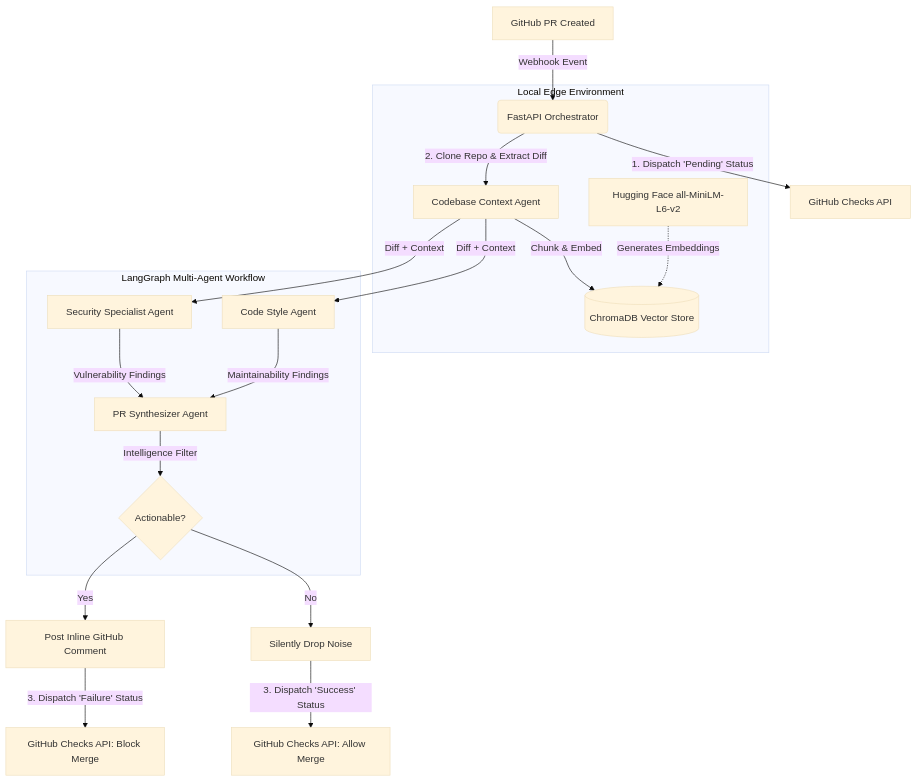
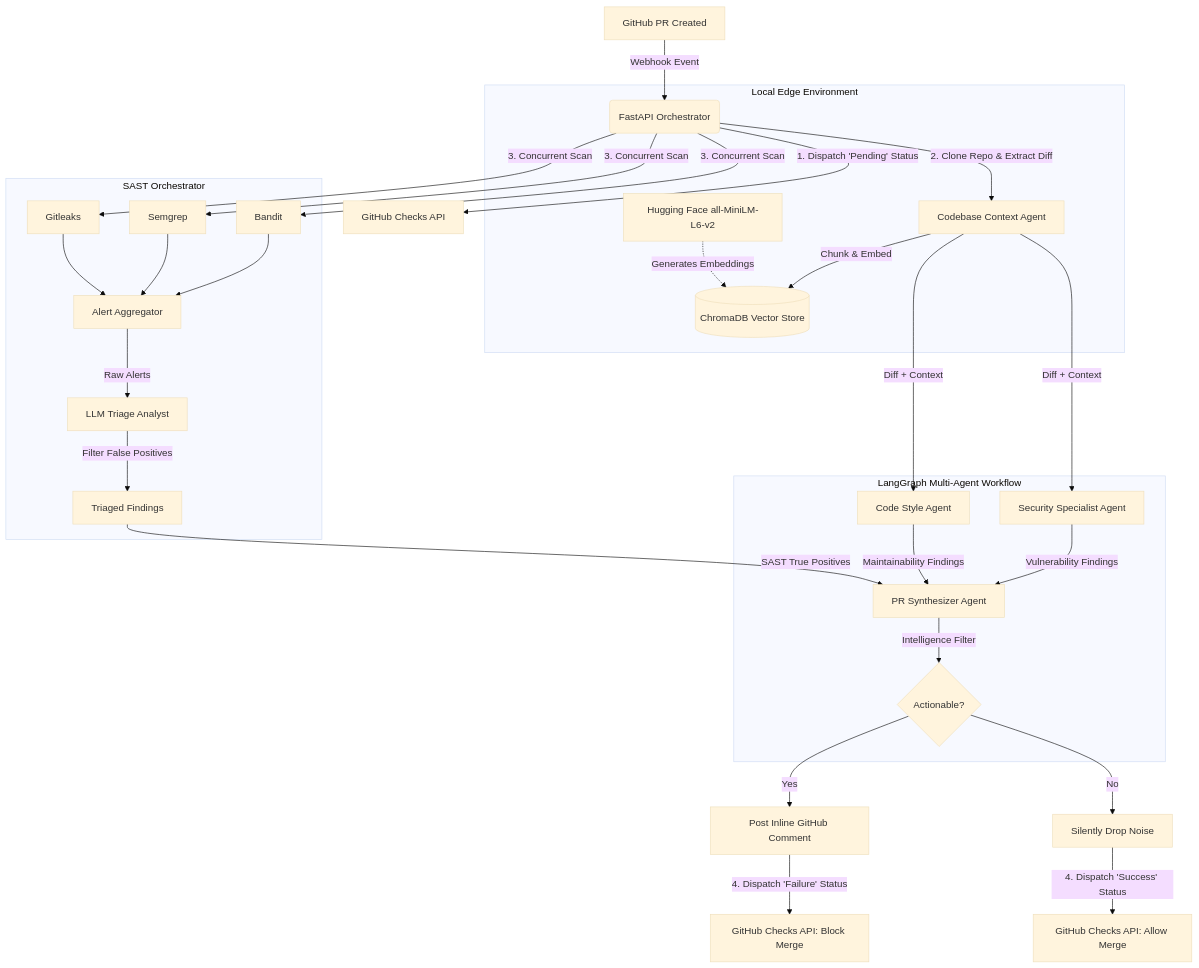
The diagram in README.md (arjunajaygit/SentinelOps), drawn with Mermaid (base theme) before and after one commit. The commit also changed other lines of this file and 6 other files, not shown here.

Commit message:
feat: add SAST Orchestrator layer with Bandit, Semgrep, Gitleaks and LLM triage

````diff
--- a/README.md
+++ b/README.md
@@ -22,31 +22,44 @@
 ```mermaid
 graph TD
     %% Webhook Entry Point
     PR[GitHub PR Created] -->|Webhook Event| API(FastAPI Orchestrator)
     API -->|1. Dispatch 'Pending' Status| STATUS_PENDING[GitHub Checks API]
     
     %% RAG Pipeline
     subgraph Local Edge Environment
         API -->|2. Clone Repo & Extract Diff| RAG[Codebase Context Agent]
         RAG -->|Chunk & Embed| CHROMA[(ChromaDB Vector Store)]
         HF[Hugging Face all-MiniLM-L6-v2] -.->|Generates Embeddings| CHROMA
     end
 
+    %% SAST Pipeline
+    subgraph SAST Orchestrator
+        API -->|3. Concurrent Scan| BANDIT[Bandit]
+        API -->|3. Concurrent Scan| SEMGREP[Semgrep]
+        API -->|3. Concurrent Scan| GITLEAKS[Gitleaks]
+        BANDIT --> AGG[Alert Aggregator]
+        SEMGREP --> AGG
+        GITLEAKS --> AGG
+        AGG -->|Raw Alerts| TRIAGE[LLM Triage Analyst]
+        TRIAGE -->|Filter False Positives| TRIAGED[Triaged Findings]
+    end
+
     %% Multi-Agent Workflow
     subgraph LangGraph Multi-Agent Workflow
         RAG -->|Diff + Context| SEC[Security Specialist Agent]
         RAG -->|Diff + Context| STY[Code Style Agent]
         
         SEC -->|Vulnerability Findings| SYN[PR Synthesizer Agent]
         STY -->|Maintainability Findings| SYN
+        TRIAGED -->|SAST True Positives| SYN
         
         SYN -->|Intelligence Filter| FILTER{Actionable?}
     end
 
     %% Output
     FILTER -->|Yes| POST[Post Inline GitHub Comment]
     FILTER -->|No| DROP[Silently Drop Noise]
     
-    POST -->|3. Dispatch 'Failure' Status| STATUS_FAIL[GitHub Checks API: Block Merge]
-    DROP -->|3. Dispatch 'Success' Status| STATUS_PASS[GitHub Checks API: Allow Merge]
+    POST -->|4. Dispatch 'Failure' Status| STATUS_FAIL[GitHub Checks API: Block Merge]
+    DROP -->|4. Dispatch 'Success' Status| STATUS_PASS[GitHub Checks API: Allow Merge]
 ```
````
